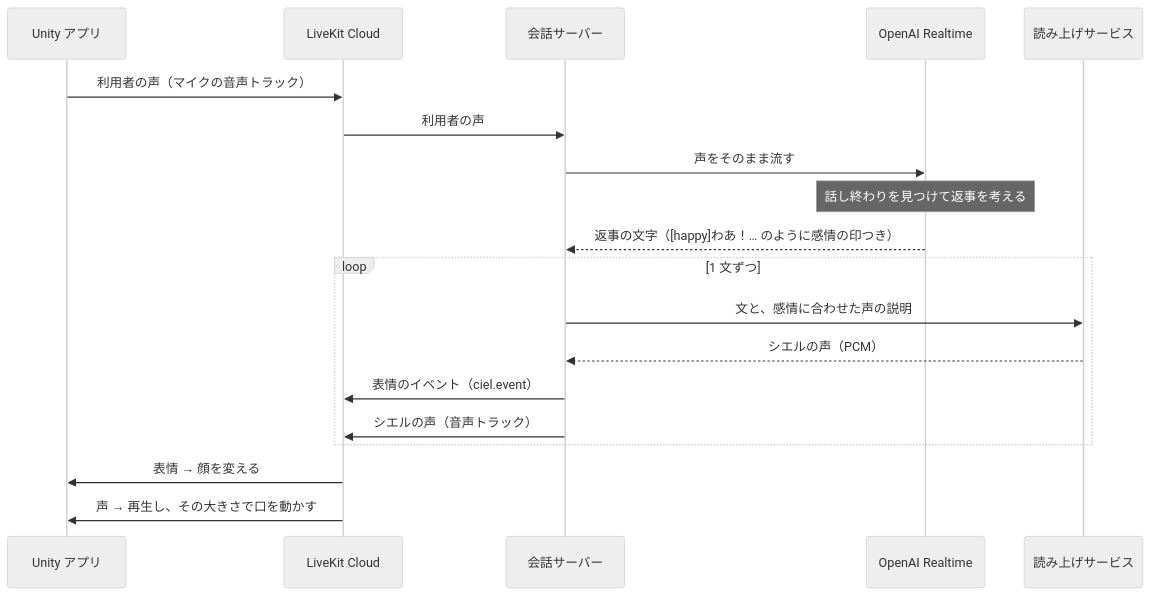
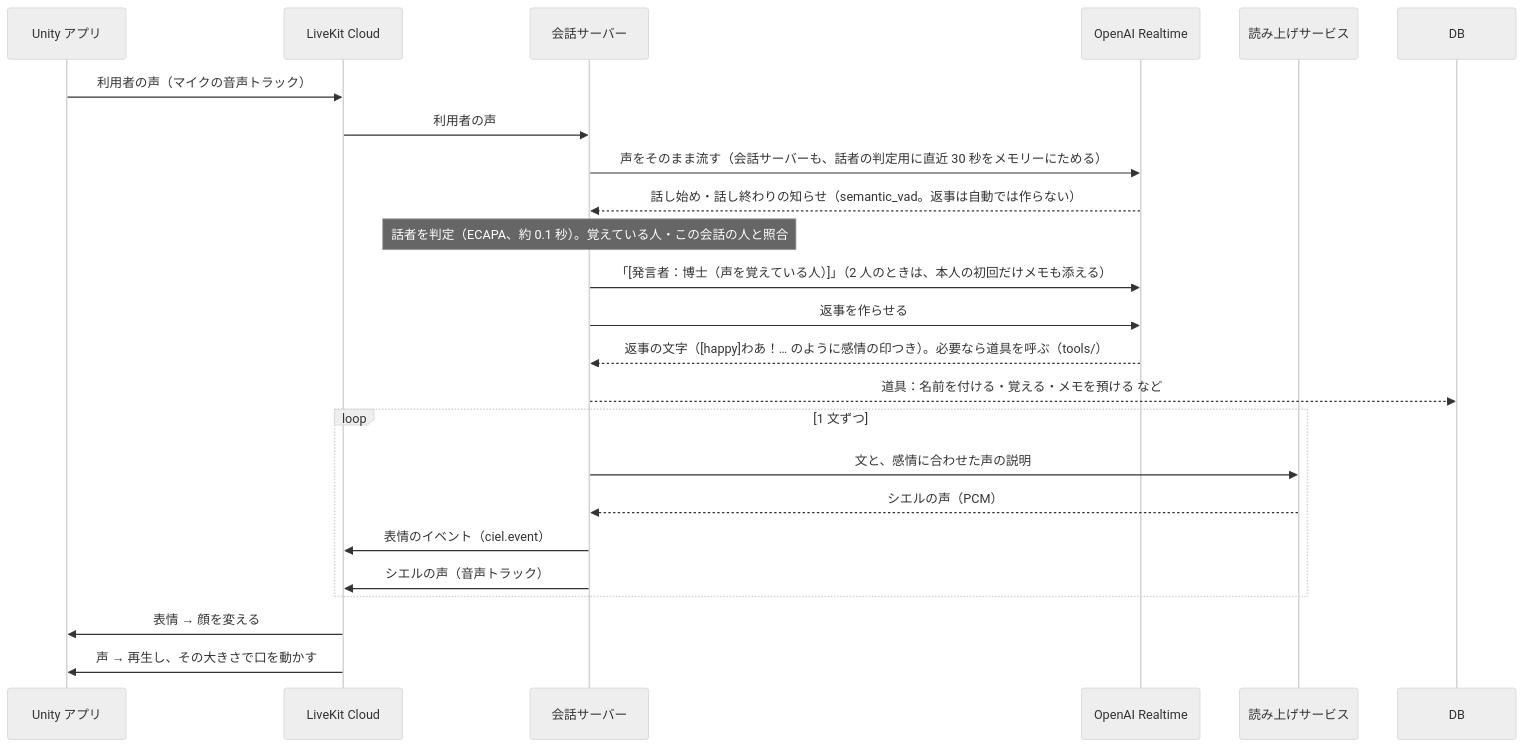
Before and after one commit to magic-sword/ciel-companion: the second of 3 diagrams in docs/architecture-ja.md, drawn with Mermaid (neutral theme). The commit also changed other lines of this file and 4 other files, not shown here.

````diff
--- a/docs/architecture-ja.md
+++ b/docs/architecture-ja.md
@@ -77,22 +82,28 @@
 ```mermaid
 sequenceDiagram
     participant U as Unity アプリ
     participant L as LiveKit Cloud
     participant A as 会話サーバー
     participant O as OpenAI Realtime
     participant I as 読み上げサービス
 
+    participant D as DB
+
     U->>L: 利用者の声（マイクの音声トラック）
     L->>A: 利用者の声
-    A->>O: 声をそのまま流す
-    Note over O: 話し終わりを見つけて返事を考える
-    O-->>A: 返事の文字（[happy]わあ！… のように感情の印つき）
+    A->>O: 声をそのまま流す（会話サーバーも、話者の判定用に直近 30 秒をメモリーにためる）
+    O-->>A: 話し始め・話し終わりの知らせ（semantic_vad。返事は自動では作らない）
+    Note over A: 話者を判定（ECAPA、約 0.1 秒）。覚えている人・この会話の人と照合
+    A->>O: 「[発言者：博士（声を覚えている人）]」（2 人のときは、本人の初回だけメモも添える）
+    A->>O: 返事を作らせる
+    O-->>A: 返事の文字（[happy]わあ！… のように感情の印つき）。必要なら道具を呼ぶ（tools/）
+    A-->>D: 道具：名前を付ける・覚える・メモを預ける など
     loop 1 文ずつ
         A->>I: 文と、感情に合わせた声の説明
         I-->>A: シエルの声（PCM）
         A->>L: 表情のイベント（ciel.event）
         A->>L: シエルの声（音声トラック）
     end
     L->>U: 表情 → 顔を変える
     L->>U: 声 → 再生し、その大きさで口を動かす
 ```
````
